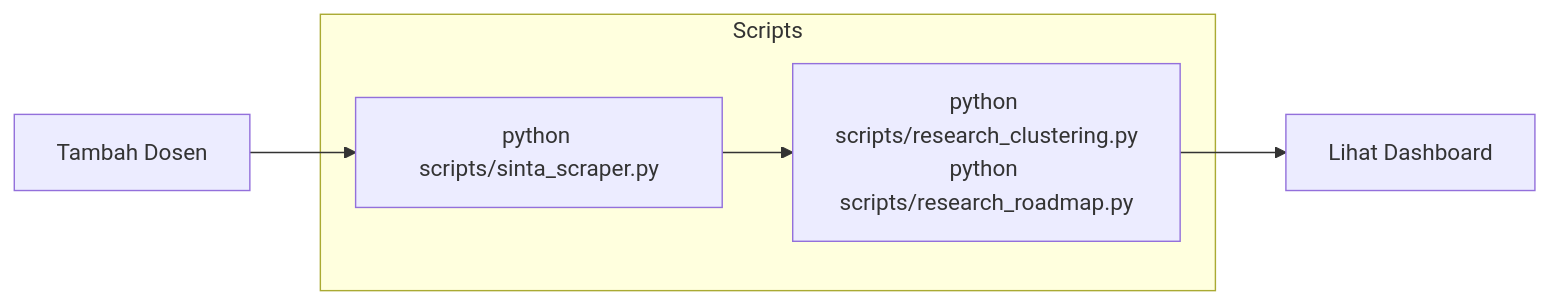
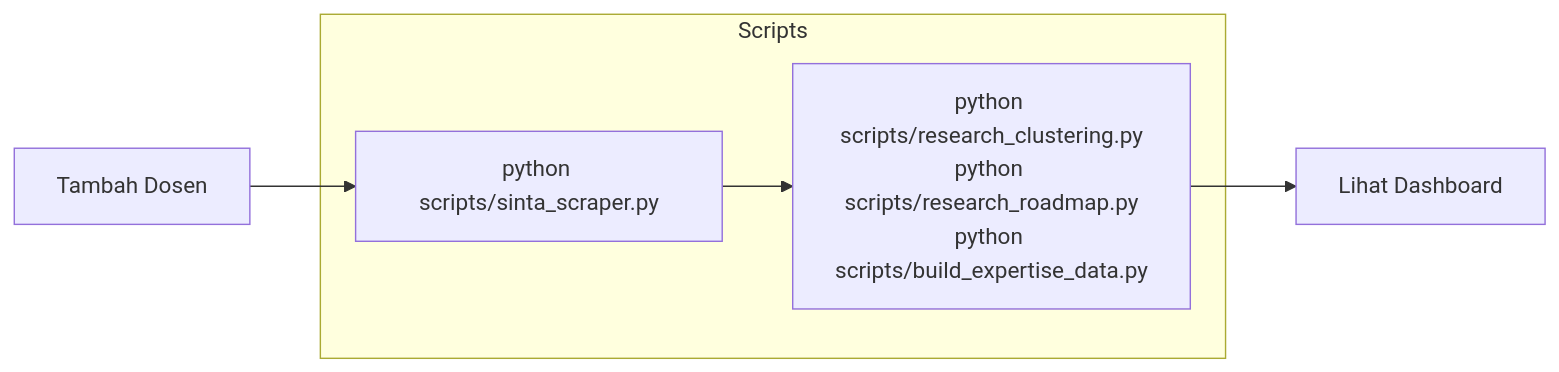
One commit to aidilsaputrakirsan/presentasi-laboratorium-inovasi-digital changed the diagram in README.md. Above: the diagram before and after it, drawn with Mermaid. The commit also changed other lines of this file and 5 other files, not shown here.

````diff
--- a/README.md
+++ b/README.md
@@ -60,11 +66,11 @@
 ```mermaid
 flowchart LR
     A[Tambah Dosen] --> B[Run Scraper]
     B --> C[Run Analytics]
     C --> D[Lihat Dashboard]
     
     subgraph Scripts
     B[python scripts/sinta_scraper.py]
-    C[python scripts/research_clustering.py\npython scripts/research_roadmap.py]
+    C[python scripts/research_clustering.py\npython scripts/research_roadmap.py\npython scripts/build_expertise_data.py]
     end
 ```
````
